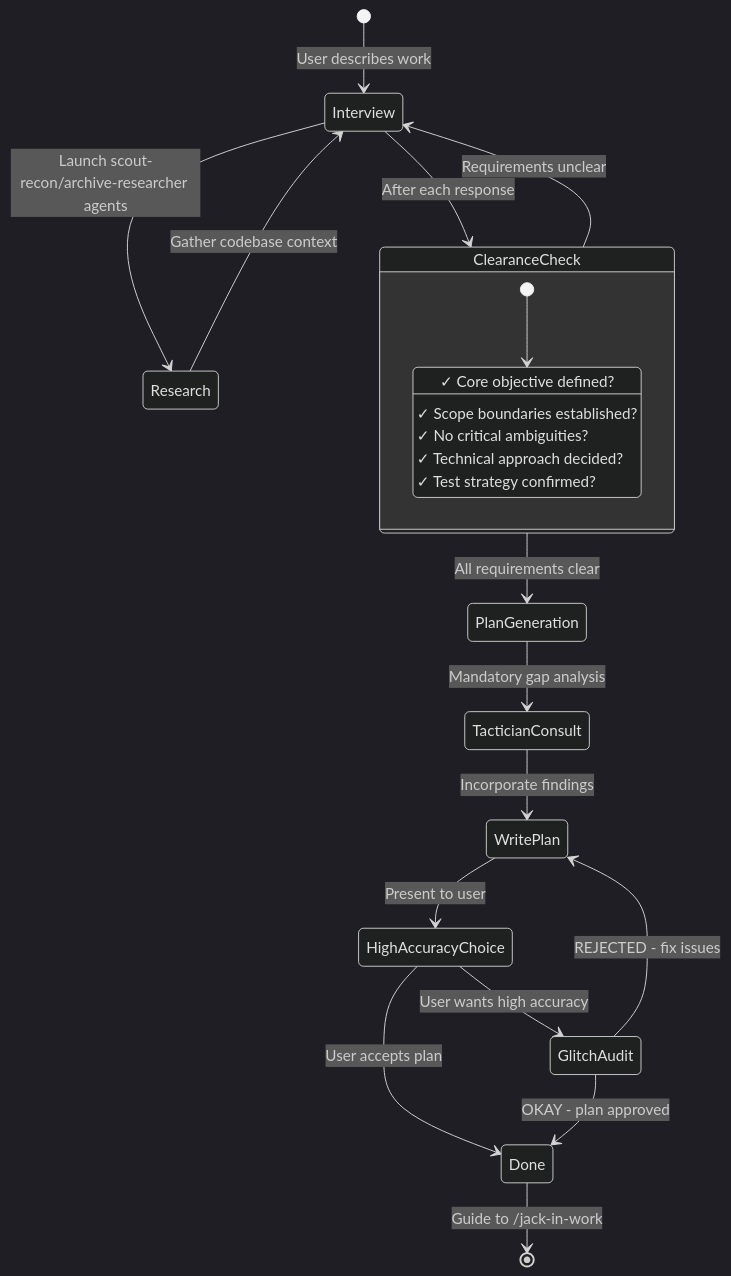
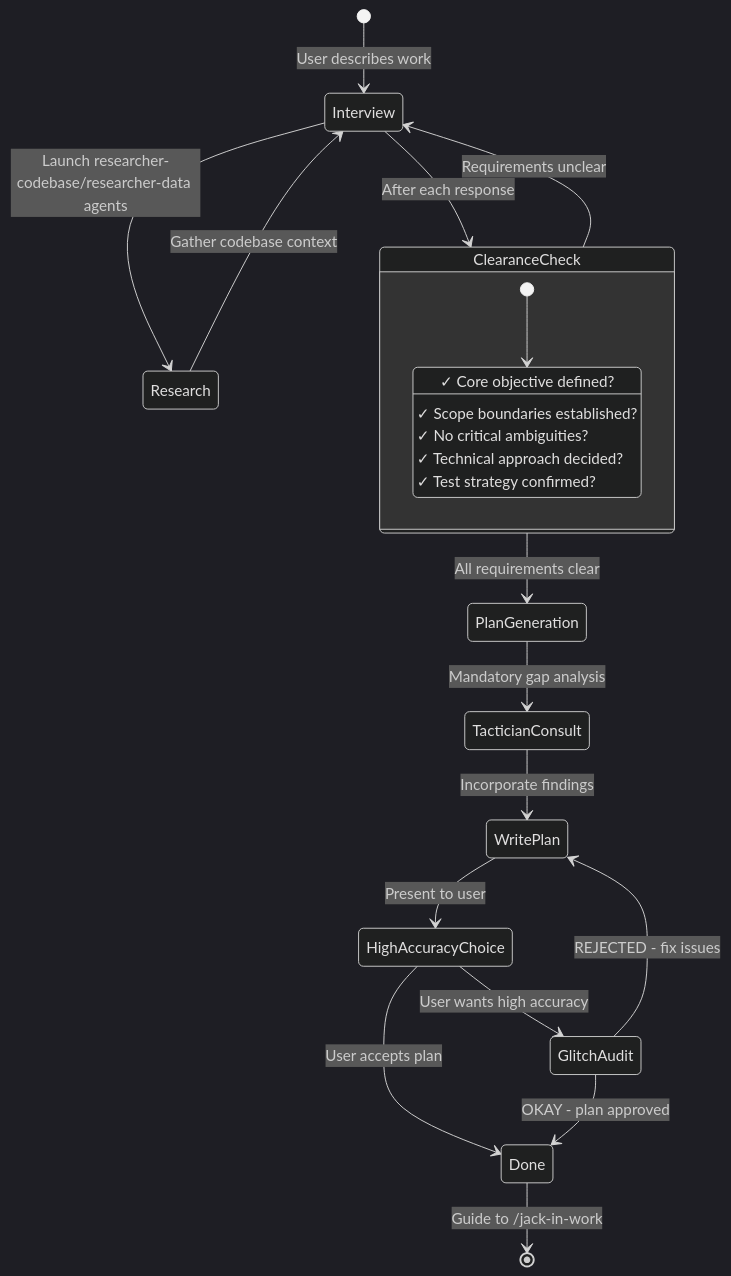
The second of 3 diagrams in docs/concepts/orchestration.md (hackefeller/ghostwire), drawn with Mermaid (dark theme) before and after one commit. The commit also changed other lines of this file and 15 other files, not shown here.

````diff
--- a/docs/concepts/orchestration.md
+++ b/docs/concepts/orchestration.md
@@ -73,31 +73,31 @@
 ```mermaid
 stateDiagram-v2
     [*] --> Interview: User describes work
-    Interview --> Research: Launch scout-recon/archive-researcher agents
+    Interview --> Research: Launch researcher-codebase/researcher-data agents
     Research --> Interview: Gather codebase context
     Interview --> ClearanceCheck: After each response
     
     ClearanceCheck --> Interview: Requirements unclear
     ClearanceCheck --> PlanGeneration: All requirements clear
     
     state ClearanceCheck {
         [*] --> Check
         Check: ✓ Core objective defined?
         Check: ✓ Scope boundaries established?
         Check: ✓ No critical ambiguities?
         Check: ✓ Technical approach decided?
         Check: ✓ Test strategy confirmed?
     }
     
     PlanGeneration --> TacticianConsult: Mandatory gap analysis
     TacticianConsult --> WritePlan: Incorporate findings
     WritePlan --> HighAccuracyChoice: Present to user
     
     HighAccuracyChoice --> GlitchAudit: User wants high accuracy
     HighAccuracyChoice --> Done: User accepts plan
     
     GlitchAudit --> WritePlan: REJECTED - fix issues
     GlitchAudit --> Done: OKAY - plan approved
     
     Done --> [*]: Guide to /jack-in-work
 ```
````
